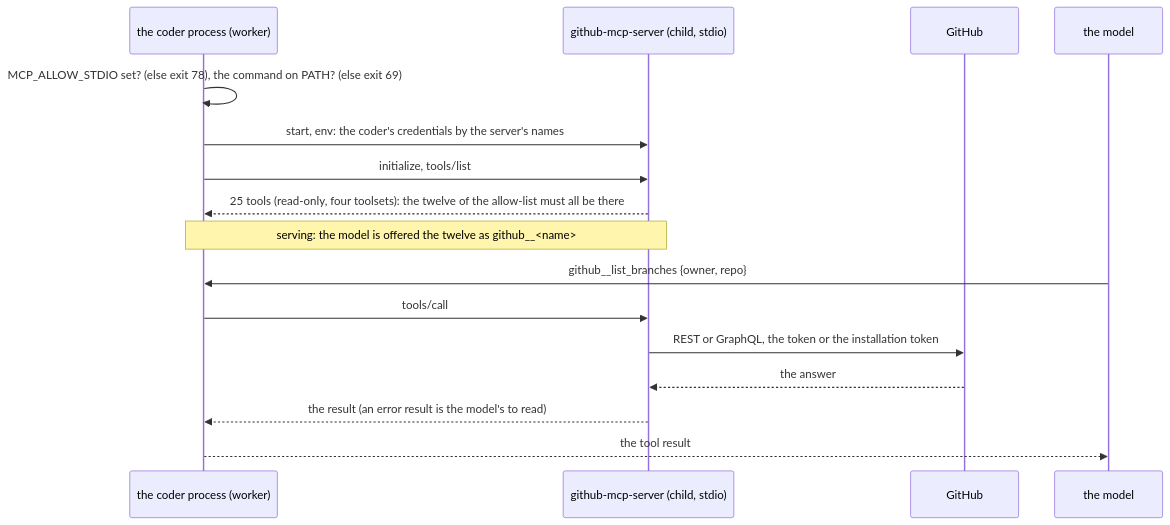
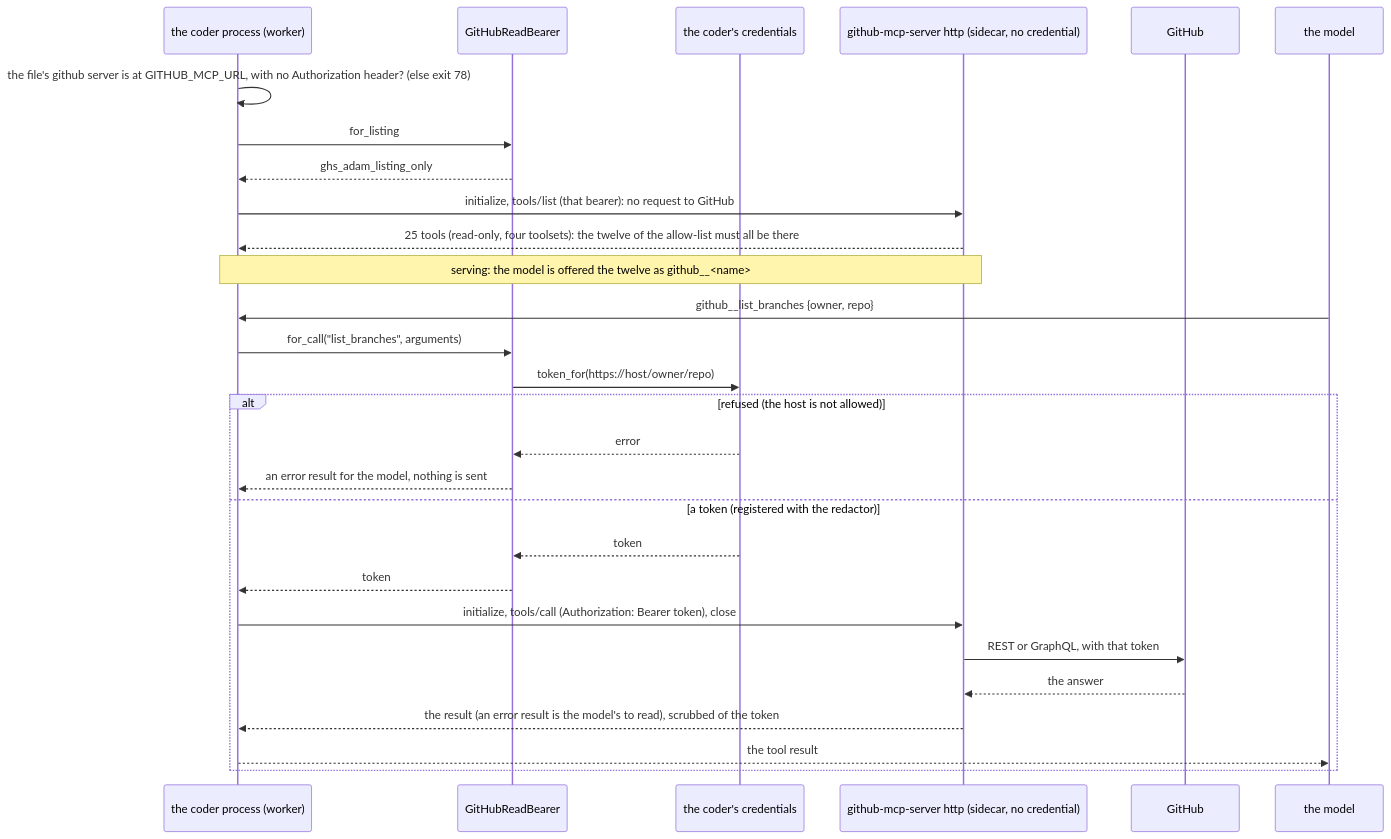
Before and after one commit to vymalo/another-adam-rs: diagram 29 of 29 in bin/adam-coder/README.md, drawn with Mermaid. The commit also changed other lines of this file and 33 other files, not shown here.

First line of the commit message:
feat(coder): GitHub over the MCP server's http mode, and a GitHub App without a pinned installation (#83)

````diff
--- a/bin/adam-coder/README.md
+++ b/bin/adam-coder/README.md
@@ -1634,18 +1685,30 @@
 ```mermaid
 sequenceDiagram
   participant P as the coder process (worker)
-  participant S as github-mcp-server (child, stdio)
+  participant B as GitHubReadBearer
+  participant C as the coder's credentials
+  participant S as github-mcp-server http (sidecar, no credential)
   participant G as GitHub
   participant M as the model
-  P->>P: MCP_ALLOW_STDIO set? (else exit 78), the command on PATH? (else exit 69)
-  P->>S: start, env: the coder's credentials by the server's names
-  P->>S: initialize, tools/list
+  P->>P: the file's github server is at GITHUB_MCP_URL, with no Authorization header? (else exit 78)
+  P->>B: for_listing
+  B-->>P: ghs_adam_listing_only
+  P->>S: initialize, tools/list (that bearer): no request to GitHub
   S-->>P: 25 tools (read-only, four toolsets): the twelve of the allow-list must all be there
   Note over P,S: serving: the model is offered the twelve as github__<name>
   M->>P: github__list_branches {owner, repo}
-  P->>S: tools/call
-  S->>G: REST or GraphQL, the token or the installation token
-  G-->>S: the answer
-  S-->>P: the result (an error result is the model's to read)
-  P-->>M: the tool result
+  P->>B: for_call("list_branches", arguments)
+  B->>C: token_for(https://host/owner/repo)
+  alt refused (the host is not allowed)
+    C-->>B: error
+    B-->>P: an error result for the model, nothing is sent
+  else a token (registered with the redactor)
+    C-->>B: token
+    B-->>P: token
+    P->>S: initialize, tools/call (Authorization: Bearer token), close
+    S->>G: REST or GraphQL, with that token
+    G-->>S: the answer
+    S-->>P: the result (an error result is the model's to read), scrubbed of the token
+    P-->>M: the tool result
+  end
 ```
````
